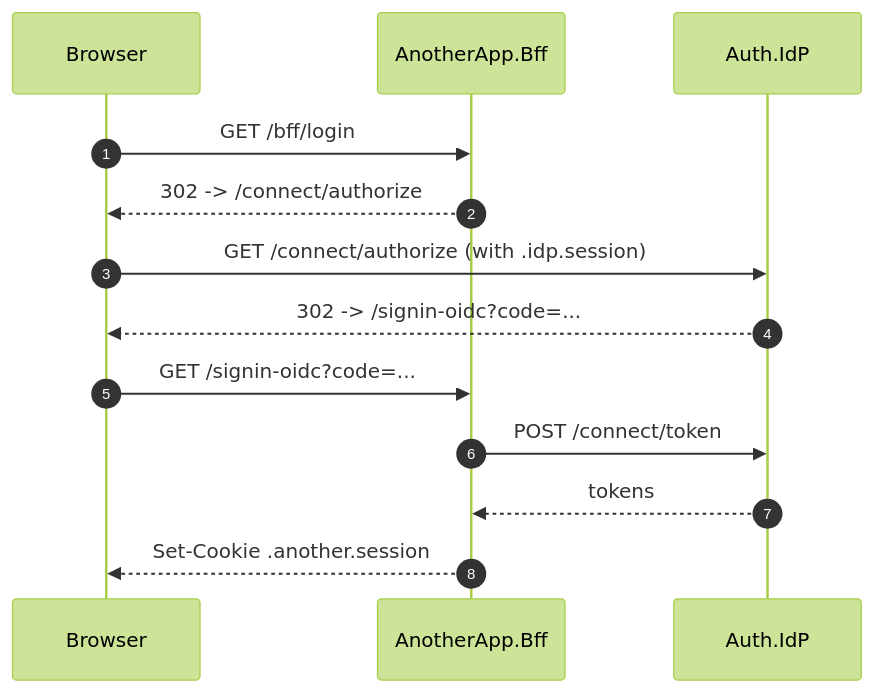
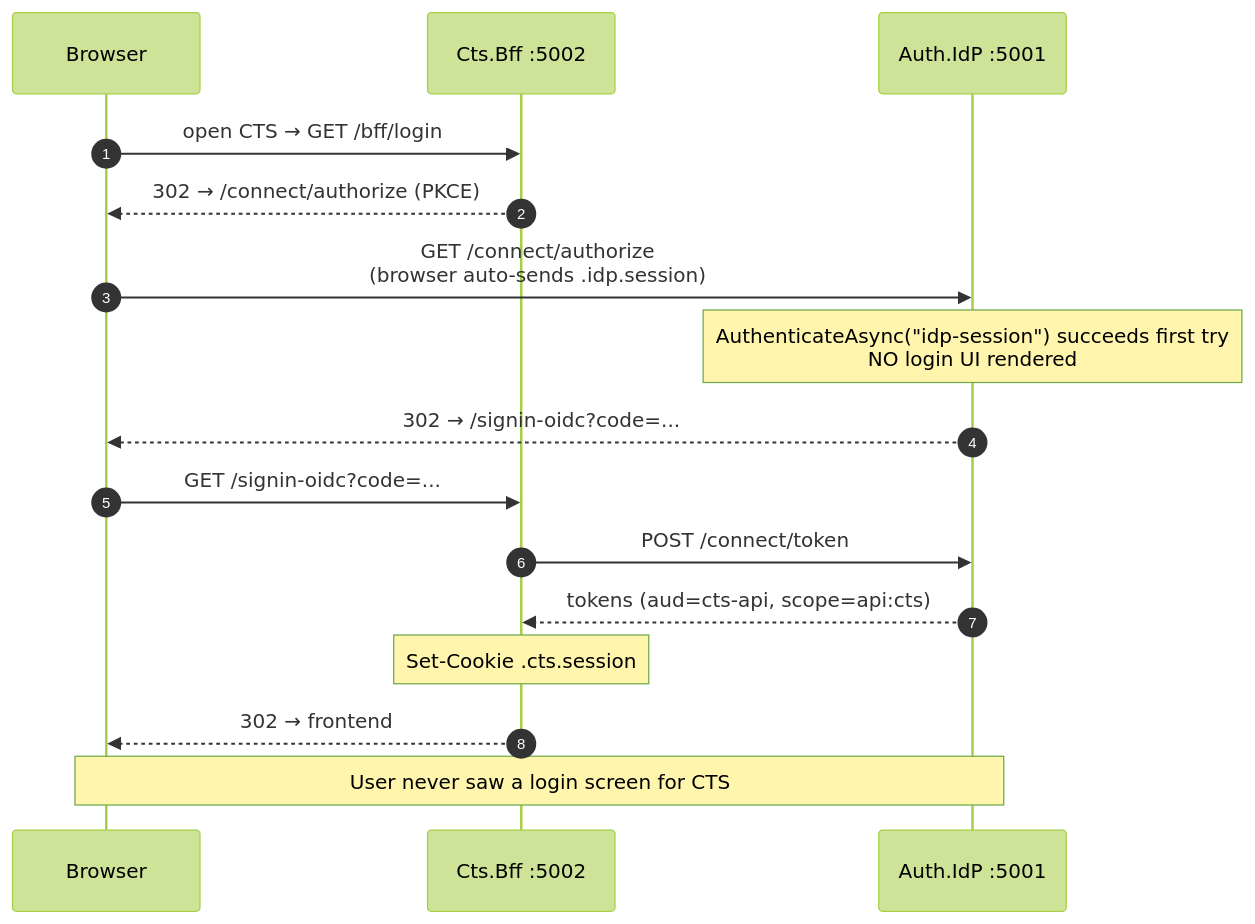
The third of 9 diagrams in docs/SSO-AUTH-FLOW-DIAGRAMS.md (Soumyadip-Dhara/AuthenticationService), drawn with Mermaid (forest theme) before and after one commit. The commit also changed other lines of this file and 2 other files, not shown here.

Commit message:
Add full Mermaid diagram doc and arrow-format step-by-step guide

````diff
--- a/docs/SSO-AUTH-FLOW-DIAGRAMS.md
+++ b/docs/SSO-AUTH-FLOW-DIAGRAMS.md
@@ -76,16 +121,22 @@
 ```mermaid
 sequenceDiagram
     autonumber
-    participant B as Browser
-    participant Bff as AnotherApp.Bff
-    participant IdP as Auth.IdP
+    participant B   as Browser
+    participant Bff as Cts.Bff :5002
+    participant IdP as Auth.IdP :5001
 
-    B->>Bff: GET /bff/login
-    Bff-->>B: 302 -> /connect/authorize
-    B->>IdP: GET /connect/authorize (with .idp.session)
-    IdP-->>B: 302 -> /signin-oidc?code=...
+    B->>Bff: open CTS → GET /bff/login
+    Bff-->>B: 302 → /connect/authorize (PKCE)
+
+    B->>IdP: GET /connect/authorize<br/>(browser auto-sends .idp.session)
+    Note over IdP: AuthenticateAsync("idp-session") succeeds first try<br/>NO login UI rendered
+    IdP-->>B: 302 → /signin-oidc?code=...
+
     B->>Bff: GET /signin-oidc?code=...
     Bff->>IdP: POST /connect/token
-    IdP-->>Bff: tokens
-    Bff-->>B: Set-Cookie .another.session
+    IdP-->>Bff: tokens (aud=cts-api, scope=api:cts)
+    Note over Bff: Set-Cookie .cts.session
+    Bff-->>B: 302 → frontend
+
+    Note over B,IdP: User never saw a login screen for CTS
 ```
````
